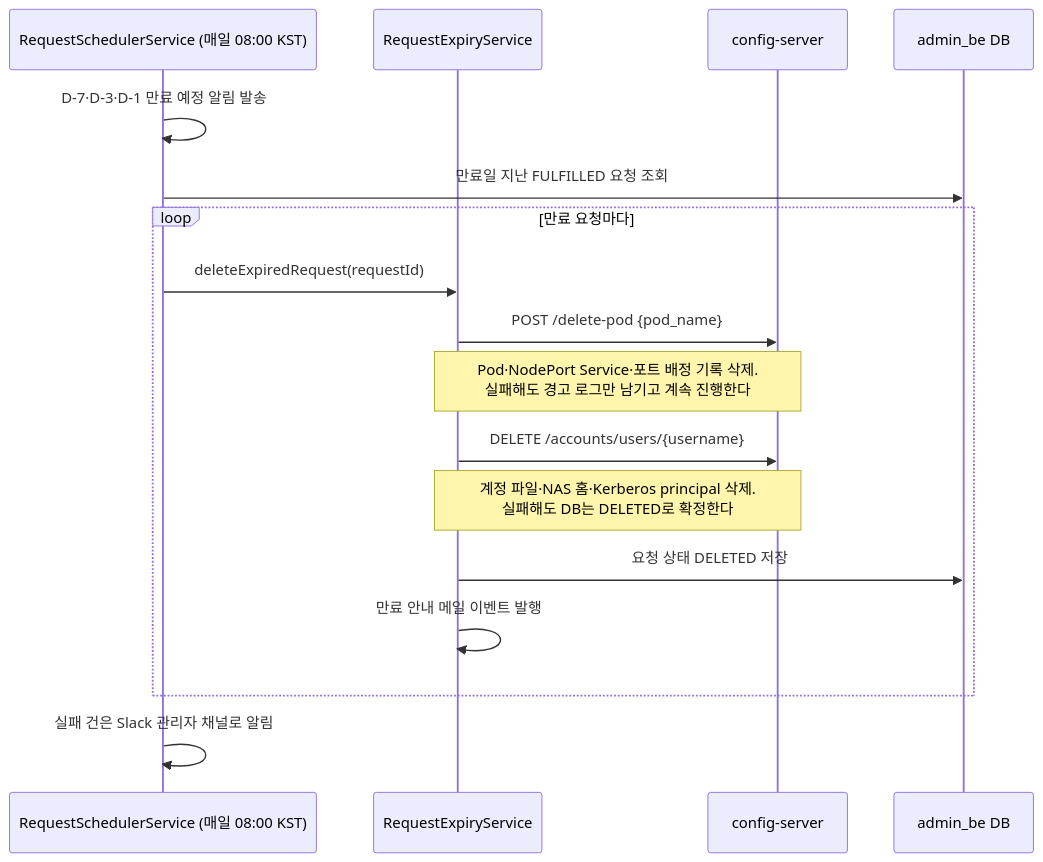
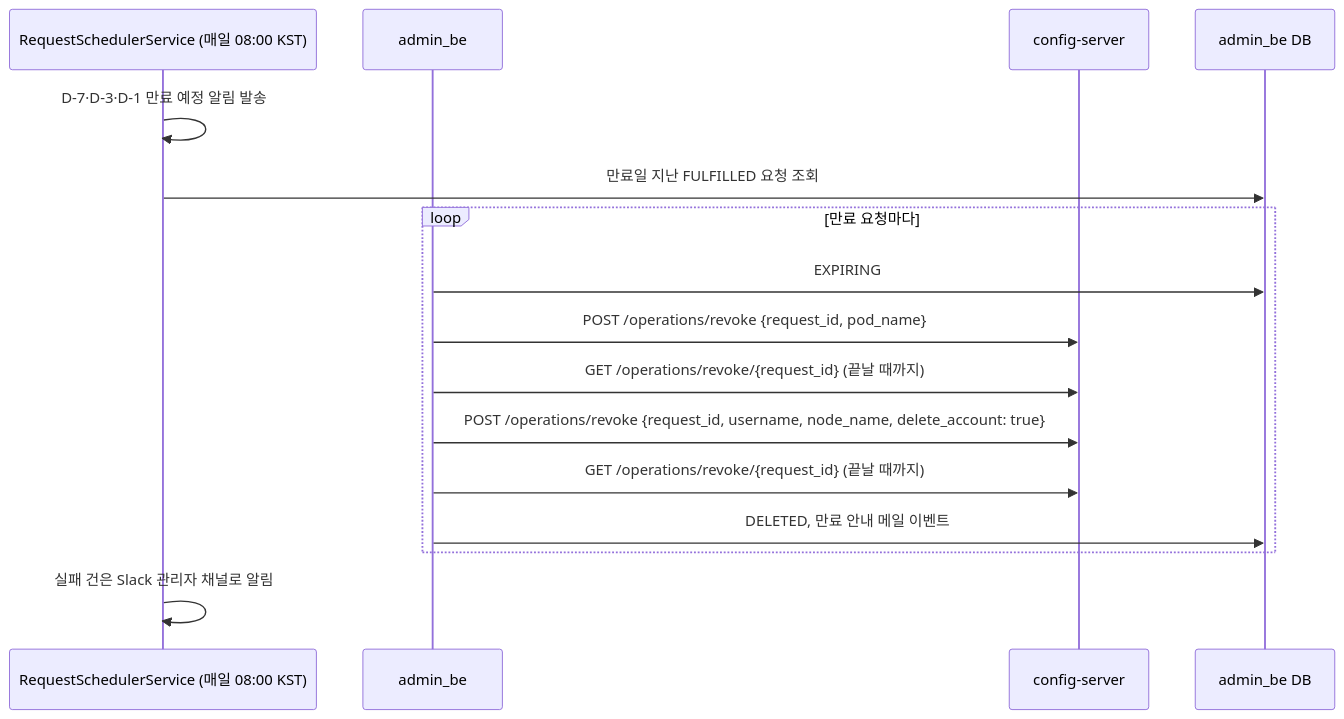
One commit to CSID-DGU/admin_wiki changed the second of 4 diagrams in md/infra/operations/운영-매뉴얼.md. Above: the diagram before and after it, drawn with Mermaid. The commit also changed other lines of this file and 10 other files, not shown here.

````diff
--- a/md/infra/operations/운영-매뉴얼.md
+++ b/md/infra/operations/운영-매뉴얼.md
@@ -521,20 +491,19 @@
 ```mermaid
 sequenceDiagram
     participant SCH as RequestSchedulerService (매일 08:00 KST)
-    participant EXP as RequestExpiryService
+    participant BE as admin_be
     participant CS as config-server
     participant DB as admin_be DB
 
     SCH->>SCH: D-7·D-3·D-1 만료 예정 알림 발송
     SCH->>DB: 만료일 지난 FULFILLED 요청 조회
     loop 만료 요청마다
-        SCH->>EXP: deleteExpiredRequest(requestId)
-        EXP->>CS: POST /delete-pod {pod_name}
-        Note over EXP,CS: Pod·NodePort Service·포트 배정 기록 삭제.<br/>실패해도 경고 로그만 남기고 계속 진행한다
-        EXP->>CS: DELETE /accounts/users/{username}
-        Note over EXP,CS: 계정 파일·NAS 홈·Kerberos principal 삭제.<br/>실패해도 DB는 DELETED로 확정한다
-        EXP->>DB: 요청 상태 DELETED 저장
-        EXP->>EXP: 만료 안내 메일 이벤트 발행
+        BE->>DB: EXPIRING
+        BE->>CS: POST /operations/revoke {request_id, pod_name}
+        BE->>CS: GET /operations/revoke/{request_id} (끝날 때까지)
+        BE->>CS: POST /operations/revoke {request_id, username, node_name, delete_account: true}
+        BE->>CS: GET /operations/revoke/{request_id} (끝날 때까지)
+        BE->>DB: DELETED, 만료 안내 메일 이벤트
     end
     SCH->>SCH: 실패 건은 Slack 관리자 채널로 알림
 ```
````
